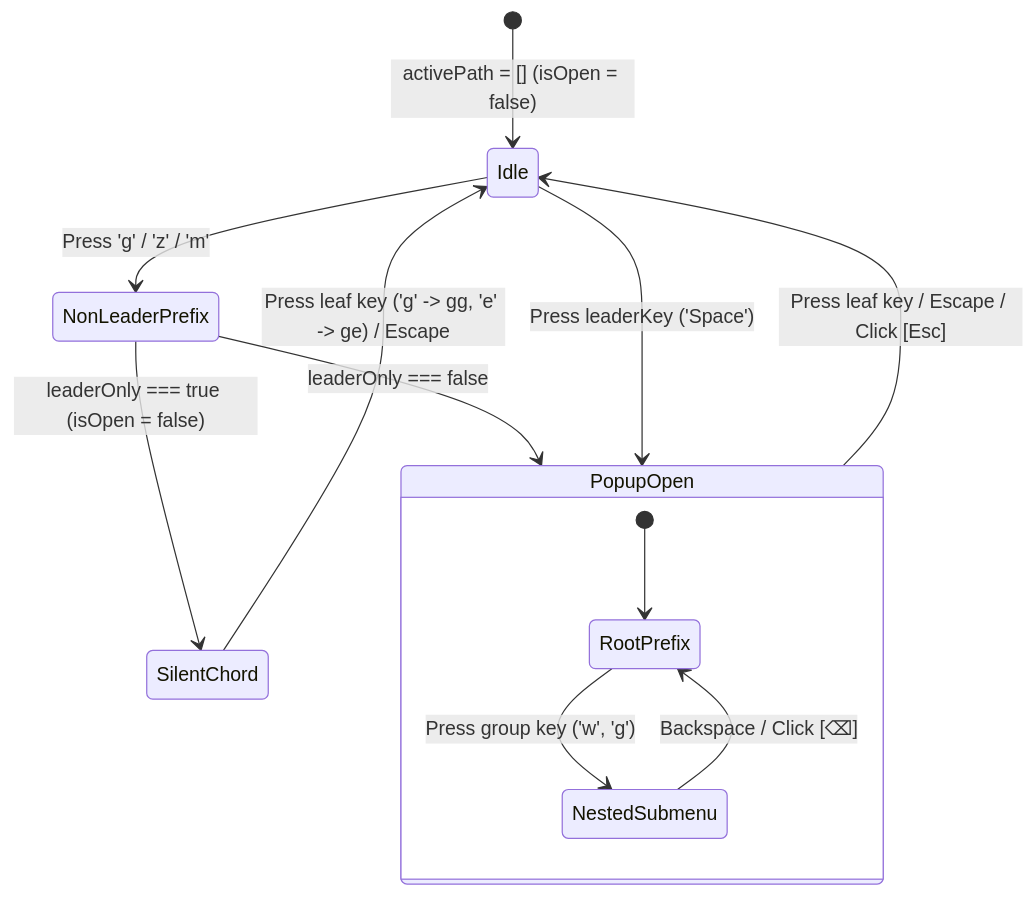
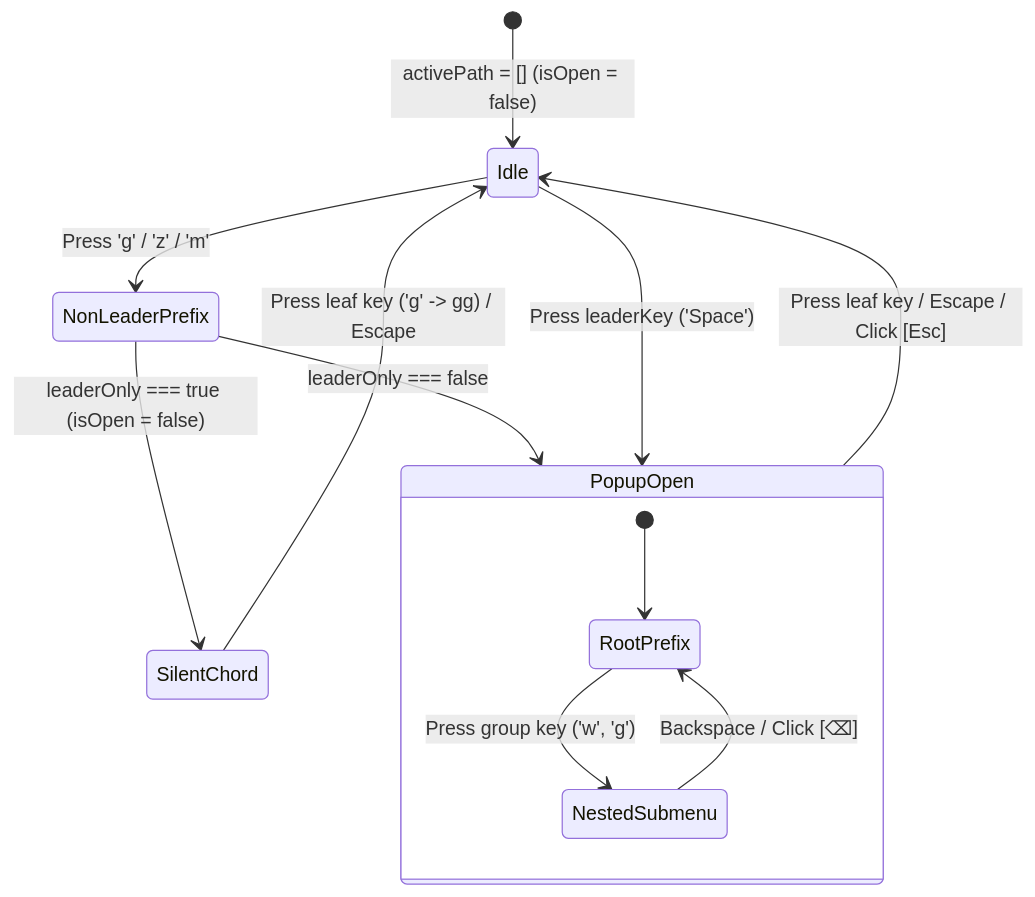
The second of 4 diagrams in docs/architecture/components/which-key.md (cloudvoyant/helical-ui), drawn with Mermaid before and after one commit. The commit also changed other lines of this file and 20 other files, not shown here.

````diff
--- a/docs/architecture/components/which-key.md
+++ b/docs/architecture/components/which-key.md
@@ -81,17 +76,17 @@
 ```mermaid
 stateDiagram-v2
   [*] --> Idle: activePath = [] (isOpen = false)
   Idle --> NonLeaderPrefix: Press 'g' / 'z' / 'm'
-  NonLeaderPrefix -->PopupOpen: leaderOnly === false
+  NonLeaderPrefix --> PopupOpen: leaderOnly === false
   NonLeaderPrefix --> SilentChord: leaderOnly === true (isOpen = false)
   Idle --> PopupOpen: Press leaderKey ('Space')
 
   state PopupOpen {
     [*] --> RootPrefix
     RootPrefix --> NestedSubmenu: Press group key ('w', 'g')
     NestedSubmenu --> RootPrefix: Backspace / Click [⌫]
   }
 
-  SilentChord --> Idle: Press leaf key ('g' -> gg, 'e' -> ge) / Escape
+  SilentChord --> Idle: Press leaf key ('g' -> gg) / Escape
   PopupOpen --> Idle: Press leaf key / Escape / Click [Esc]
 ```
````
